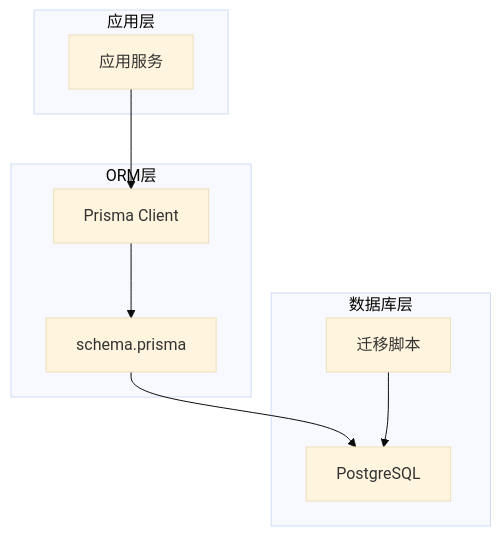
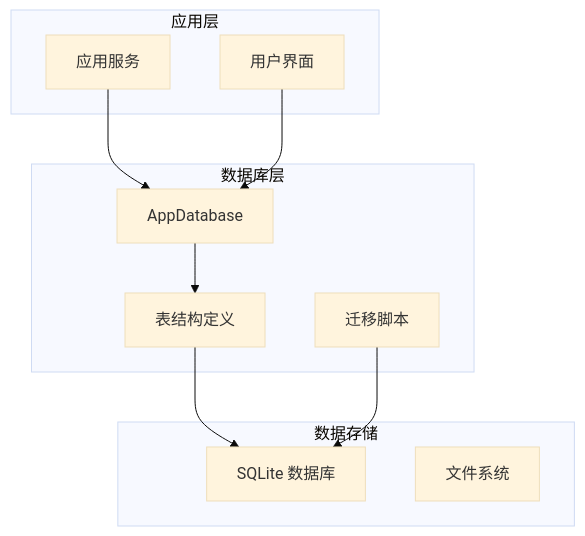
The first of 5 diagrams in .qoder/repowiki/zh/content/数据模型/数据库模式设计.md (iljahofbauer219-lang/yandu), drawn with Mermaid (base theme) before and after one commit. The commit also changed other lines of this file and 153 other files, not shown here.

````diff
--- a/.qoder/repowiki/zh/content/数据模型/数据库模式设计.md
+++ b/.qoder/repowiki/zh/content/数据模型/数据库模式设计.md
@@ -46,18 +44,21 @@
 ```mermaid
 graph TB
 subgraph "应用层"
 App["应用服务"]
-end
-subgraph "ORM层"
-Prisma["Prisma Client"]
-Schema["schema.prisma"]
+UI["用户界面"]
 end
 subgraph "数据库层"
-PG["PostgreSQL"]
+AppDB["AppDatabase"]
+Schema["表结构定义"]
 Migrations["迁移脚本"]
 end
-App --> Prisma
-Prisma --> Schema
-Schema --> PG
-Migrations --> PG
+subgraph "数据存储"
+SQLite["SQLite 数据库"]
+Files["文件系统"]
+end
+App --> AppDB
+UI --> AppDB
+AppDB --> Schema
+Schema --> SQLite
+Migrations --> SQLite
 ```
````
